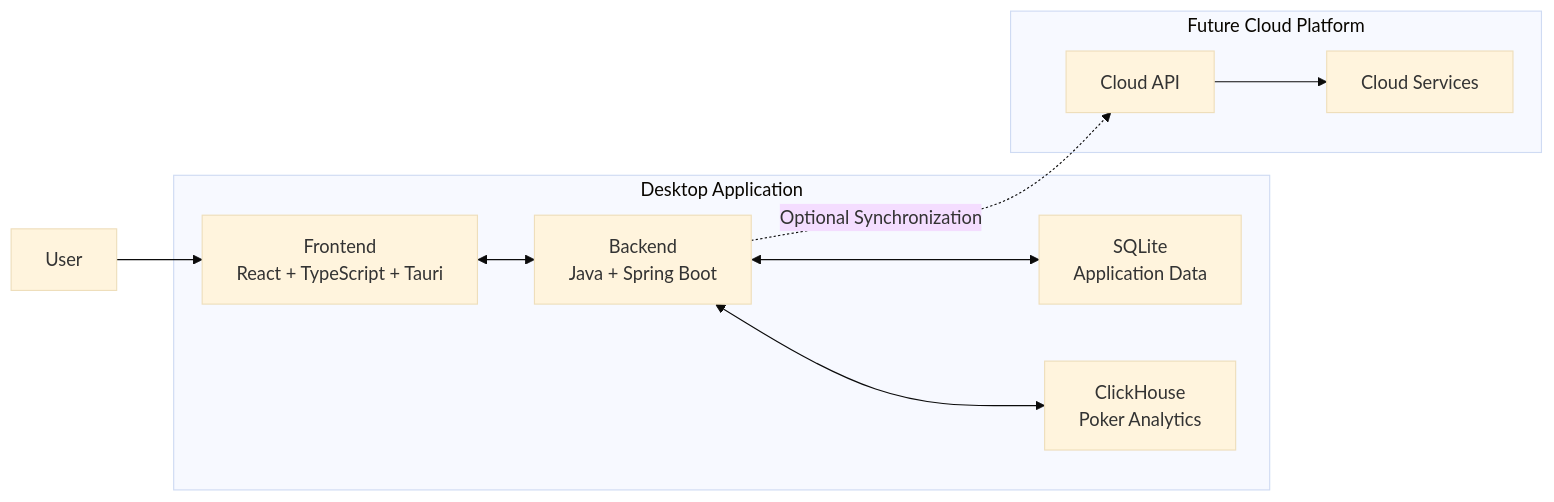
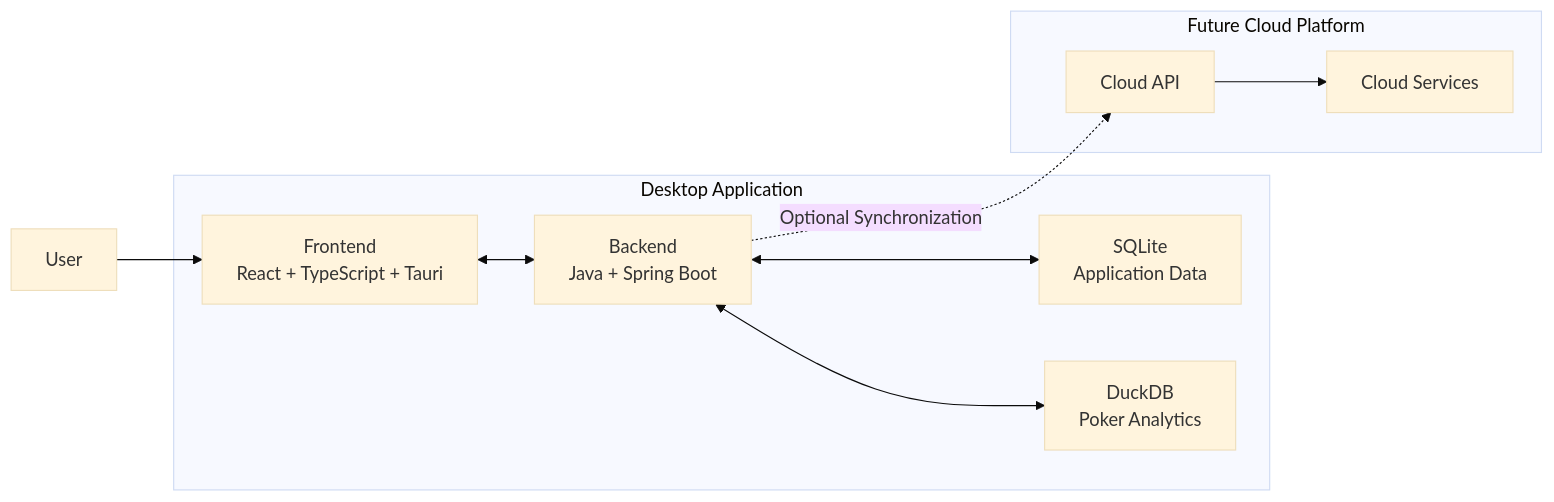
One commit to jorgeric00/poker-analytics-platform changed the diagram in docs/04-architecture.md. Above: the diagram before and after it, drawn with Mermaid (base theme). The commit also changed other lines of this file and 6 other files, not shown here.

First line of the commit message:
Align docs with DuckDB architecture

````diff
--- a/docs/04-architecture.md
+++ b/docs/04-architecture.md
@@ -31,41 +31,41 @@
 ```mermaid
 flowchart LR
 
     User["User"]
 
     subgraph Desktop["Desktop Application"]
 
         Frontend["Frontend
 React + TypeScript + Tauri"]
 
         Backend["Backend
 Java + Spring Boot"]
 
         SQLite["SQLite
 Application Data"]
 
-        ClickHouse["ClickHouse
+        DuckDB["DuckDB
 Poker Analytics"]
 
     end
 
     subgraph Cloud["Future Cloud Platform"]
 
         CloudAPI["Cloud API"]
 
         CloudServices["Cloud Services"]
 
     end
 
     User --> Frontend
 
     Frontend <--> Backend
 
     Backend <--> SQLite
 
-    Backend <--> ClickHouse
+    Backend <--> DuckDB
 
     Backend -. Optional Synchronization .-> CloudAPI
 
     CloudAPI --> CloudServices
 ```
````
